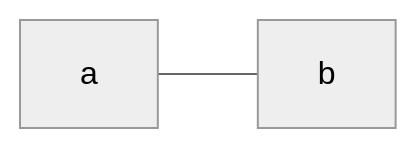
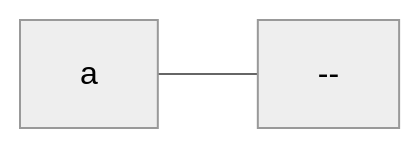
One commit to tnichols217/notes changed the diagram in CSDS 281 - Logic Design/HW/4.md. Above: the diagram before and after it, drawn with Mermaid (neutral theme).

Commit message:
vault backup: 2024-02-22 19:52:14

````diff
--- a/CSDS 281 - Logic Design/HW/4.md
+++ b/CSDS 281 - Logic Design/HW/4.md
@@ -79,4 +79,4 @@
 ```mermaid
 flowchart LR
-a --- b
+a --- not["--"]
 ```
````
